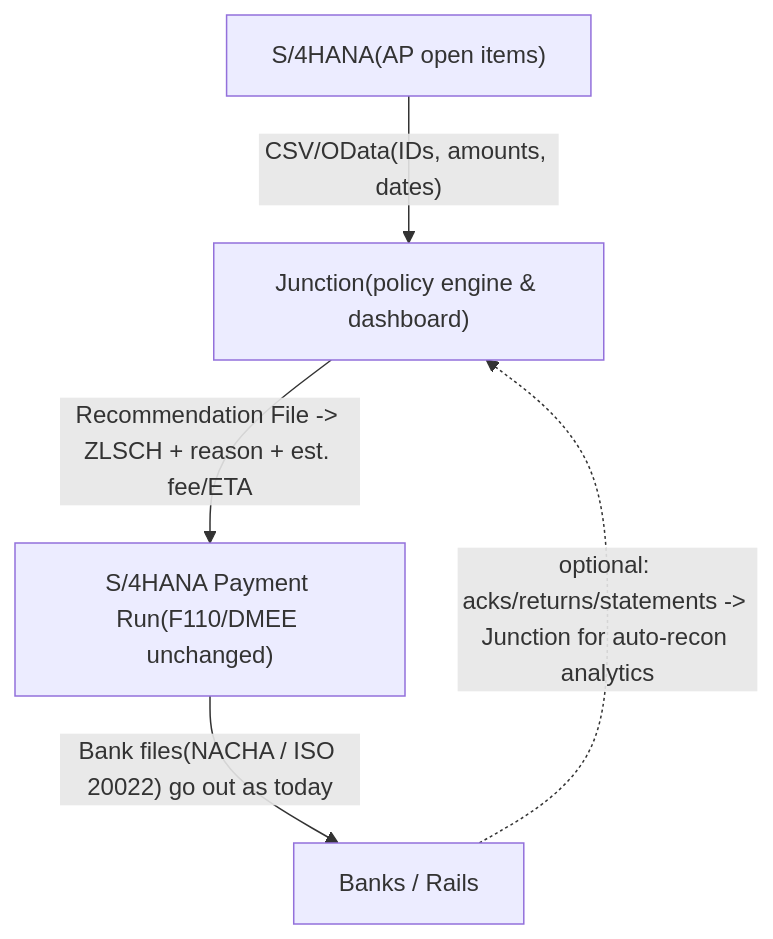
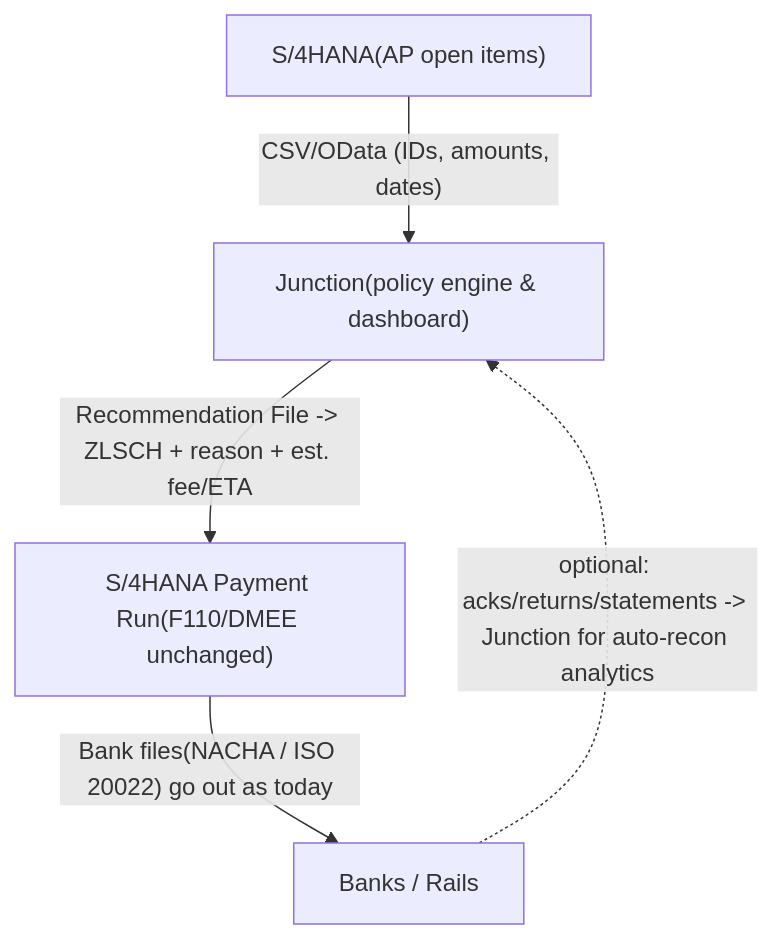
Before and after one commit to Junction-Engine/Junction-Open: the diagram in README.md, drawn with Mermaid.

````diff
--- a/README.md
+++ b/README.md
@@ -5,8 +5,8 @@
 ```mermaid
 flowchart TB
   s4["S/4HANA(AP open items)"]
-  s4 -->|"CSV/OData(IDs, amounts, dates)"| jn["Junction(policy engine & dashboard)"]
+  s4 -->|"CSV/OData (IDs, amounts, dates)"| jn["Junction(policy engine & dashboard)"]
   jn -->|"Recommendation File -> ZLSCH + reason + est. fee/ETA"| f110["S/4HANA Payment Run(F110/DMEE unchanged)"]
   f110 -->|"Bank files(NACHA / ISO 20022) go out as today"| banks["Banks / Rails"]
   banks -.->|"optional: acks/returns/statements -> Junction for auto-recon analytics"| jn
 ```
````
